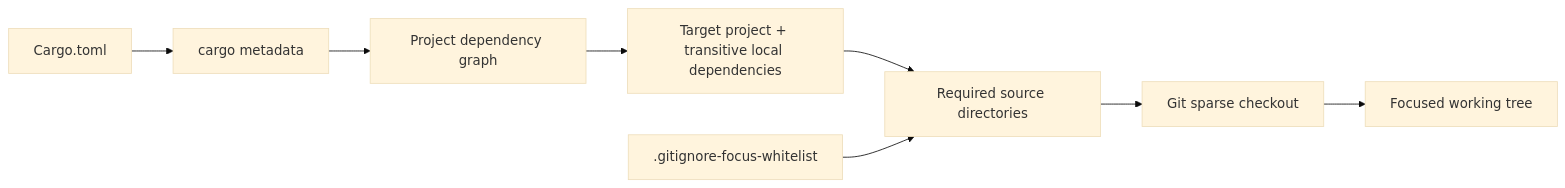
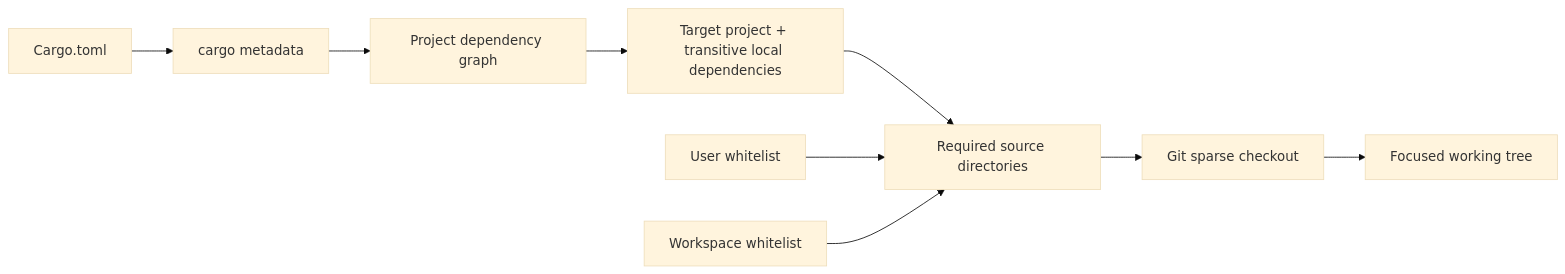
The diagram in README.md (iXab3r/git-focus), drawn with Mermaid (base theme) before and after one commit. The commit also changed other lines of this file and 9 other files, not shown here.

````diff
--- a/README.md
+++ b/README.md
@@ -39,10 +39,11 @@
 ```mermaid
 flowchart LR
     A["Cargo.toml"] --> B["cargo metadata"]
     B --> C["Project dependency graph"]
     C --> D["Target project + transitive local dependencies"]
     D --> E["Required source directories"]
-    H[".gitignore-focus-whitelist"] --> E
+    U["User whitelist"] --> E
+    W["Workspace whitelist"] --> E
     E --> F["Git sparse checkout"]
     F --> G["Focused working tree"]
 ```
````
